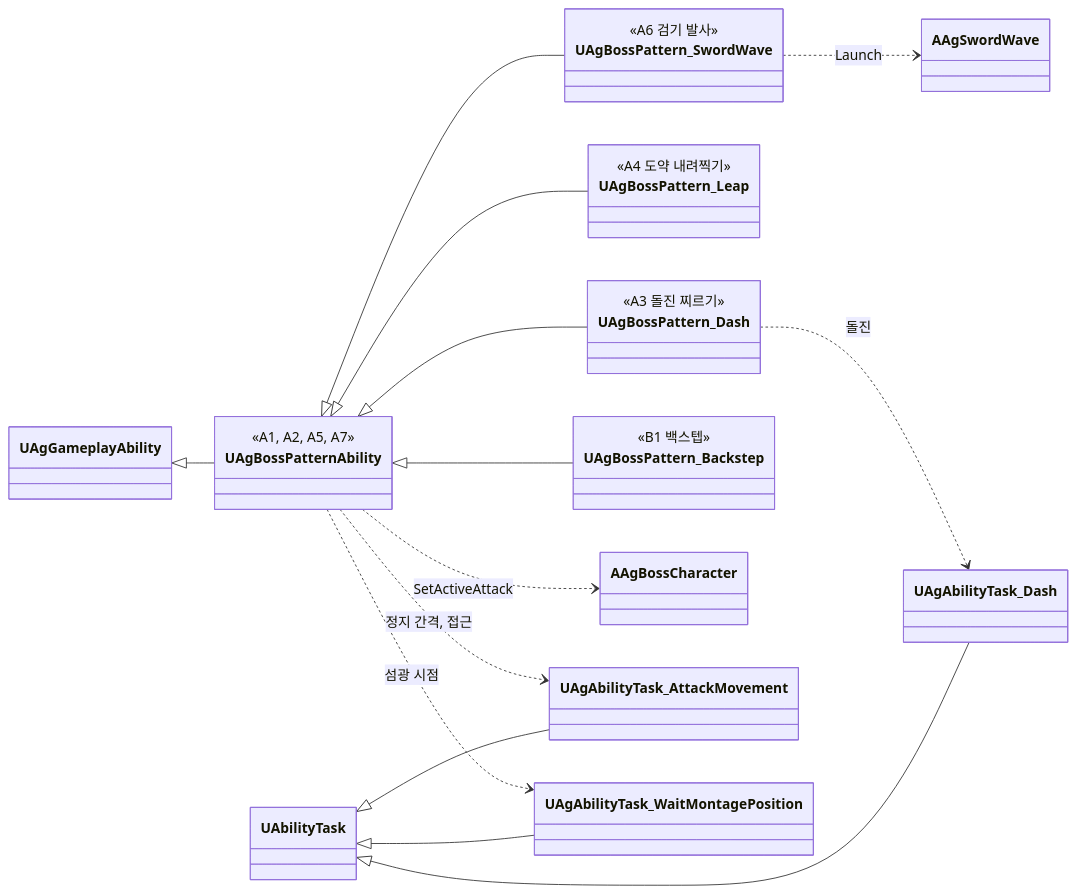
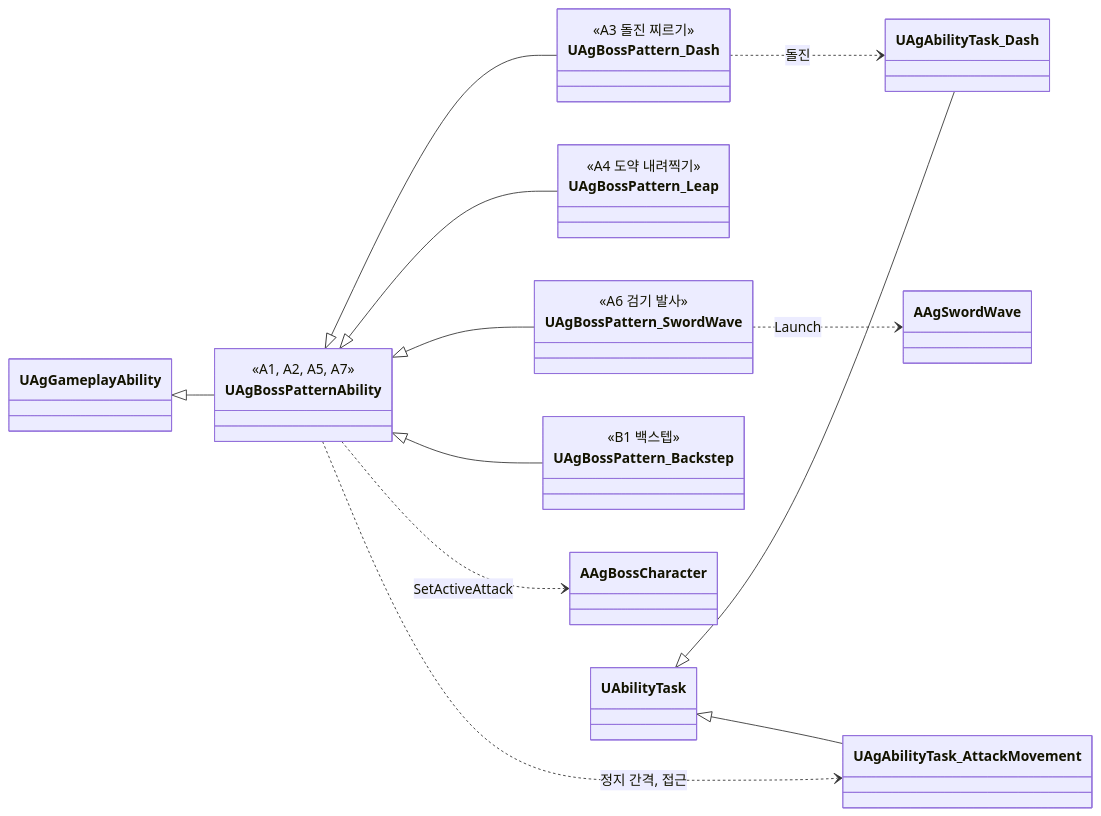
The seventh of 20 diagrams in Docs/Program/클래스 구조도.md (Woogl/Ag), drawn with Mermaid before and after one commit. The commit also changed other lines of this file and 24 other files, not shown here.

````diff
--- a/Docs/Program/클래스 구조도.md
+++ b/Docs/Program/클래스 구조도.md
@@ -288,33 +288,31 @@
 ```mermaid
 classDiagram
     direction LR
     class UAgBossPatternAbility {
         <<A1, A2, A5, A7>>
     }
     class UAgBossPattern_Dash {
         <<A3 돌진 찌르기>>
     }
     class UAgBossPattern_Leap {
         <<A4 도약 내려찍기>>
     }
     class UAgBossPattern_SwordWave {
         <<A6 검기 발사>>
     }
     class UAgBossPattern_Backstep {
         <<B1 백스텝>>
     }
     UAgGameplayAbility <|-- UAgBossPatternAbility
     UAgBossPatternAbility <|-- UAgBossPattern_Dash
     UAgBossPatternAbility <|-- UAgBossPattern_Leap
     UAgBossPatternAbility <|-- UAgBossPattern_SwordWave
     UAgBossPatternAbility <|-- UAgBossPattern_Backstep
 
     UAgBossPatternAbility ..> AAgBossCharacter : SetActiveAttack
     UAgBossPatternAbility ..> UAgAbilityTask_AttackMovement : 정지 간격, 접근
-    UAgBossPatternAbility ..> UAgAbilityTask_WaitMontagePosition : 섬광 시점
     UAgBossPattern_Dash ..> UAgAbilityTask_Dash : 돌진
     UAgBossPattern_SwordWave ..> AAgSwordWave : Launch
-    UAbilityTask <|-- UAgAbilityTask_WaitMontagePosition
     UAbilityTask <|-- UAgAbilityTask_Dash
     UAbilityTask <|-- UAgAbilityTask_AttackMovement
 ```
````
